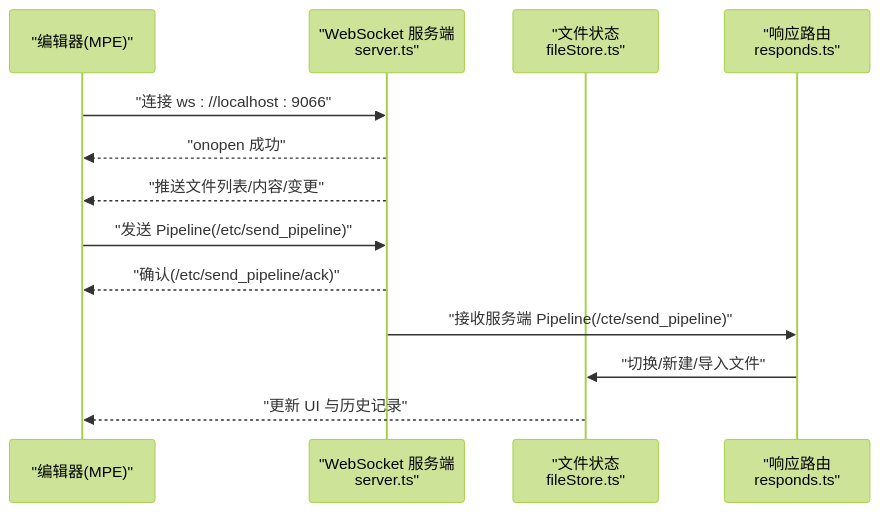
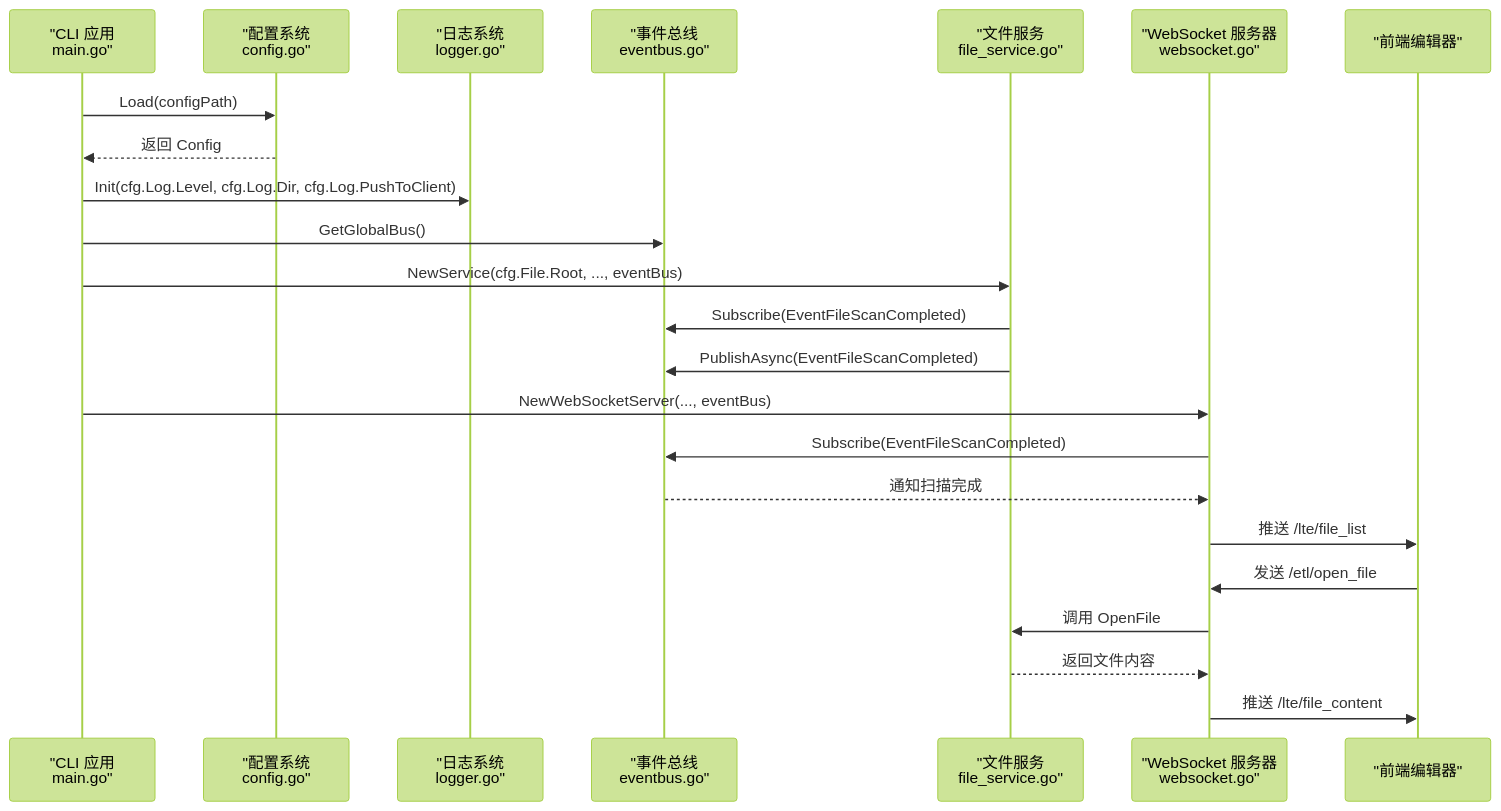
One commit to kqcoxn/MaaPipelineEditor changed the second of 4 diagrams in .qoder/repowiki/zh/content/开发者指南/LocalBridge 通信协议.md. Above: the diagram before and after it, drawn with Mermaid (forest theme). The commit also changed other lines of this file and 19 other files, not shown here.

````diff
--- a/.qoder/repowiki/zh/content/开发者指南/LocalBridge 通信协议.md
+++ b/.qoder/repowiki/zh/content/开发者指南/LocalBridge 通信协议.md
@@ -107,15 +160,25 @@
 ```mermaid
 sequenceDiagram
-participant Editor as "编辑器(MPE)"
-participant WS as "WebSocket 服务端<br/>server.ts"
-participant Store as "文件状态<br/>fileStore.ts"
-participant Handler as "响应路由<br/>responds.ts"
-Editor->>WS : "连接 ws : //localhost : 9066"
-WS-->>Editor : "onopen 成功"
-WS-->>Editor : "推送文件列表/内容/变更"
-Editor->>WS : "发送 Pipeline(/etc/send_pipeline)"
-WS-->>Editor : "确认(/etc/send_pipeline/ack)"
-WS->>Handler : "接收服务端 Pipeline(/cte/send_pipeline)"
-Handler->>Store : "切换/新建/导入文件"
-Store-->>Editor : "更新 UI 与历史记录"
+participant CLI as "CLI 应用<br/>main.go"
+participant CONF as "配置系统<br/>config.go"
+participant LOG as "日志系统<br/>logger.go"
+participant EVENT as "事件总线<br/>eventbus.go"
+participant FILE as "文件服务<br/>file_service.go"
+participant WS as "WebSocket 服务器<br/>websocket.go"
+participant MPE as "前端编辑器"
+CLI->>CONF : Load(configPath)
+CONF-->>CLI : 返回 Config
+CLI->>LOG : Init(cfg.Log.Level, cfg.Log.Dir, cfg.Log.PushToClient)
+CLI->>EVENT : GetGlobalBus()
+CLI->>FILE : NewService(cfg.File.Root, ..., eventBus)
+FILE->>EVENT : Subscribe(EventFileScanCompleted)
+FILE->>EVENT : PublishAsync(EventFileScanCompleted)
+CLI->>WS : NewWebSocketServer(..., eventBus)
+WS->>EVENT : Subscribe(EventFileScanCompleted)
+EVENT-->>WS : 通知扫描完成
+WS->>MPE : 推送 /lte/file_list
+MPE->>WS : 发送 /etl/open_file
+WS->>FILE : 调用 OpenFile
+FILE-->>WS : 返回文件内容
+WS->>MPE : 推送 /lte/file_content
 ```
````
